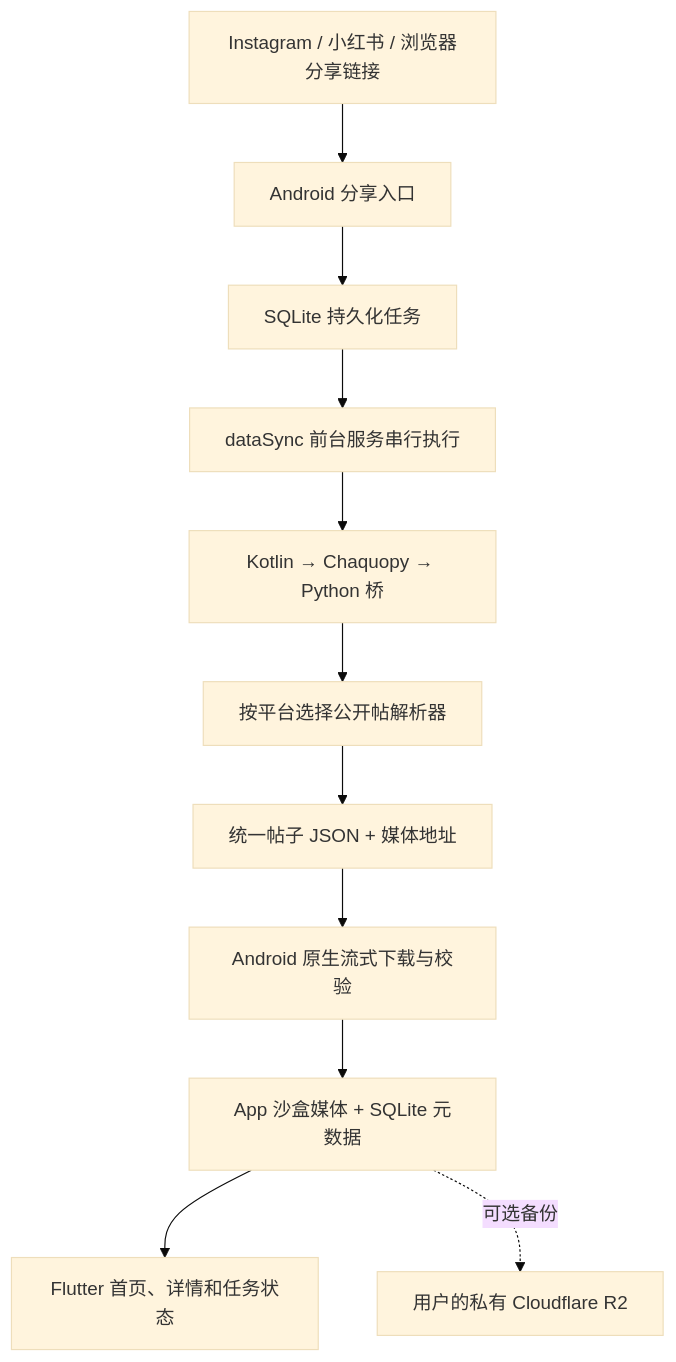
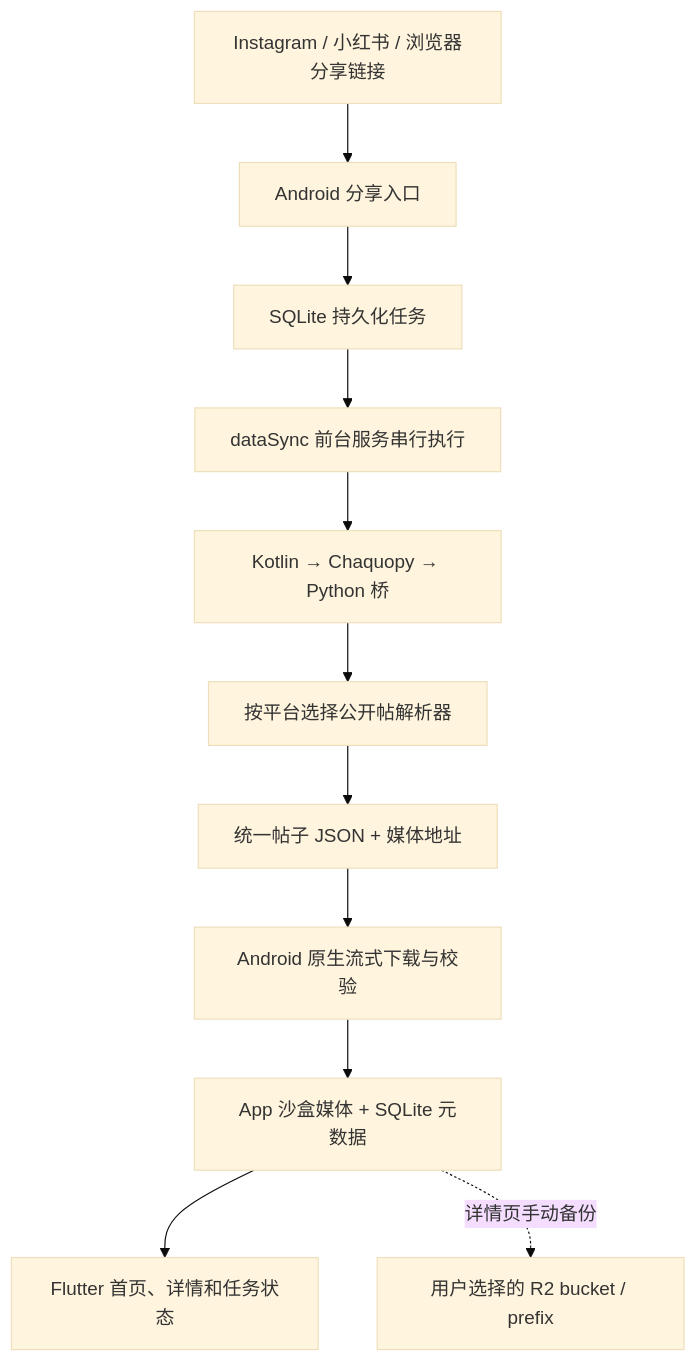
Before and after one commit to arsenalxj/PhotoBook: the diagram in README.md, drawn with Mermaid (base theme). The commit also changed other lines of this file and 38 other files, not shown here.

````diff
--- a/README.md
+++ b/README.md
@@ -39,13 +39,13 @@
 ```mermaid
 flowchart TD
     SHARE["Instagram / 小红书 / 浏览器分享链接"] --> ACTIVITY["Android 分享入口"]
     ACTIVITY --> JOBS["SQLite 持久化任务"]
     JOBS --> SERVICE["dataSync 前台服务串行执行"]
     SERVICE --> BRIDGE["Kotlin → Chaquopy → Python 桥"]
     BRIDGE --> PARSER["按平台选择公开帖解析器"]
     PARSER --> JSON["统一帖子 JSON + 媒体地址"]
     JSON --> MEDIA["Android 原生流式下载与校验"]
     MEDIA --> LOCAL["App 沙盒媒体 + SQLite 元数据"]
     LOCAL --> UI["Flutter 首页、详情和任务状态"]
-    LOCAL -. "可选备份" .-> R2["用户的私有 Cloudflare R2"]
+    LOCAL -. "详情页手动备份" .-> R2["用户选择的 R2 bucket / prefix"]
 ```
````
